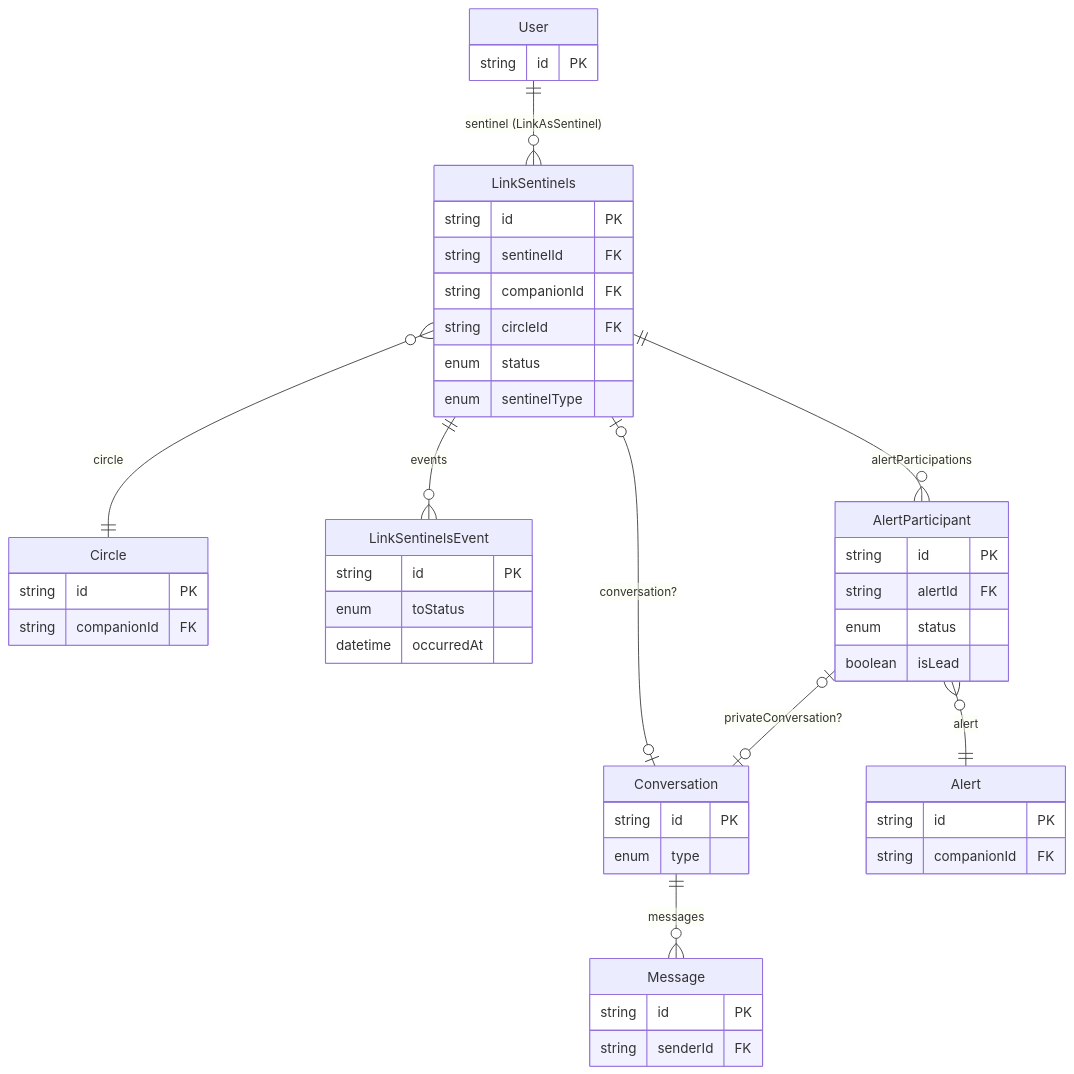
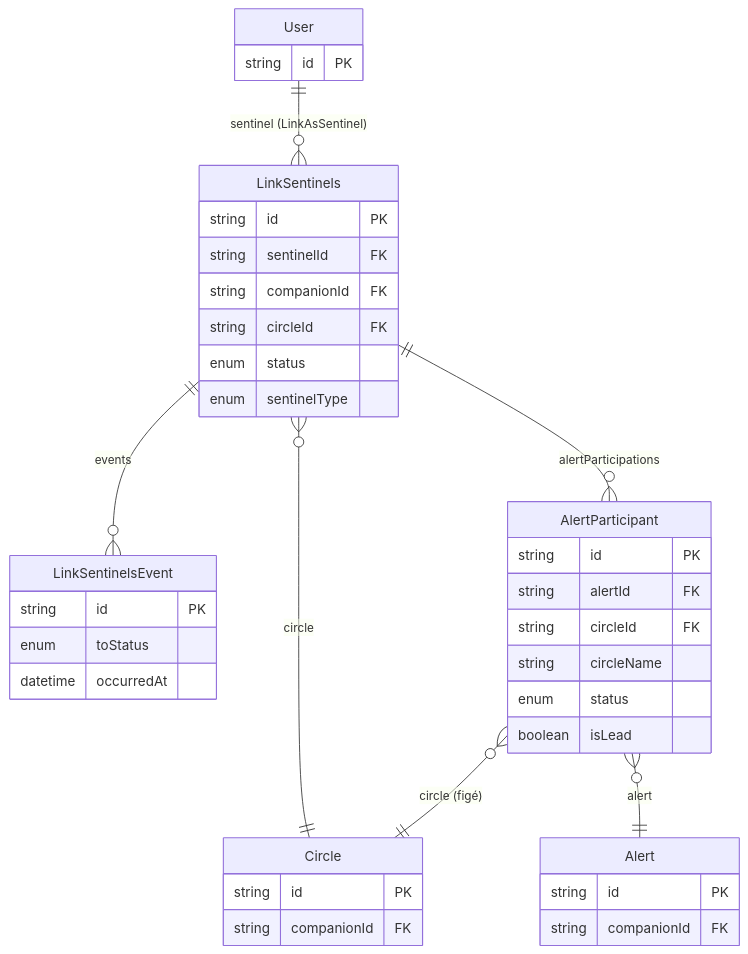
One commit to Sylvfo/MySentinelCircle changed the second of 5 diagrams in backend/prisma/DB_schéma.md. Above: the diagram before and after it, drawn with Mermaid. The commit also changed other lines of this file and 2 other files, not shown here.

````diff
--- a/backend/prisma/DB_schéma.md
+++ b/backend/prisma/DB_schéma.md
@@ -128,50 +117,42 @@
 ```mermaid
 erDiagram
   User              ||--o{ LinkSentinels      : "sentinel (LinkAsSentinel)"
   LinkSentinels     }o--||  Circle            : "circle"
   LinkSentinels     ||--o{ LinkSentinelsEvent : "events"
-  LinkSentinels     |o--o| Conversation       : "conversation?"
   LinkSentinels     ||--o{ AlertParticipant   : "alertParticipations"
   AlertParticipant  }o--||  Alert             : "alert"
-  AlertParticipant  |o--o| Conversation       : "privateConversation?"
-  Conversation      ||--o{ Message            : "messages"
+  AlertParticipant  }o--||  Circle            : "circle (figé)"
 
   User {
     string id PK
   }
   LinkSentinels {
     string id PK
     string sentinelId FK
     string companionId FK
     string circleId FK
     enum   status
     enum   sentinelType
   }
   Circle {
     string id PK
     string companionId FK
   }
   LinkSentinelsEvent {
     string id PK
     enum   toStatus
     datetime occurredAt
   }
   AlertParticipant {
     string id PK
     string alertId FK
+    string circleId FK
+    string circleName
     enum   status
     boolean isLead
   }
   Alert {
     string id PK
     string companionId FK
   }
-  Conversation {
-    string id PK
-    enum   type
-  }
-  Message {
-    string id PK
-    string senderId FK
-  }
 ```
````
